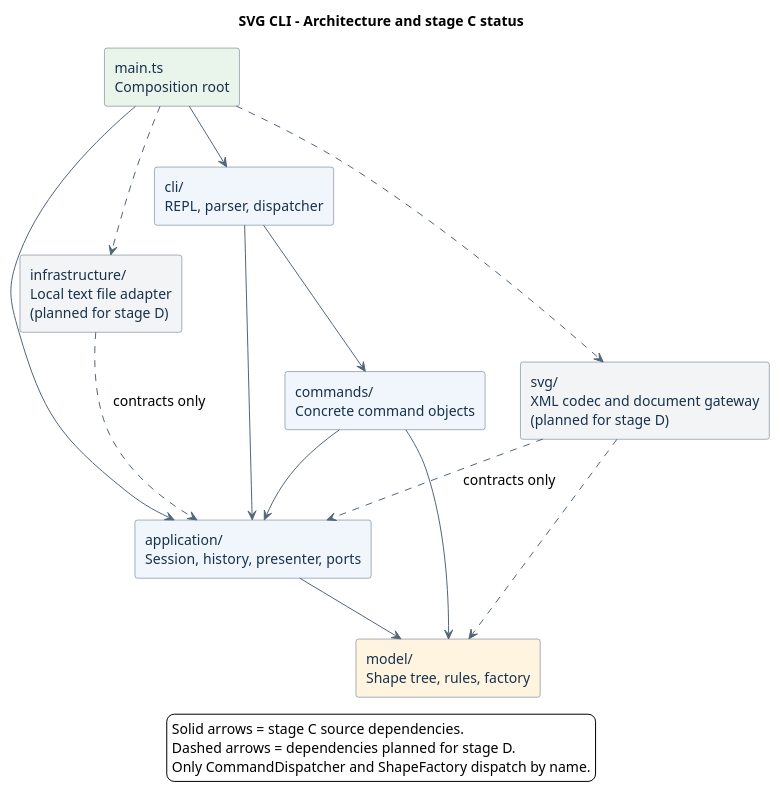
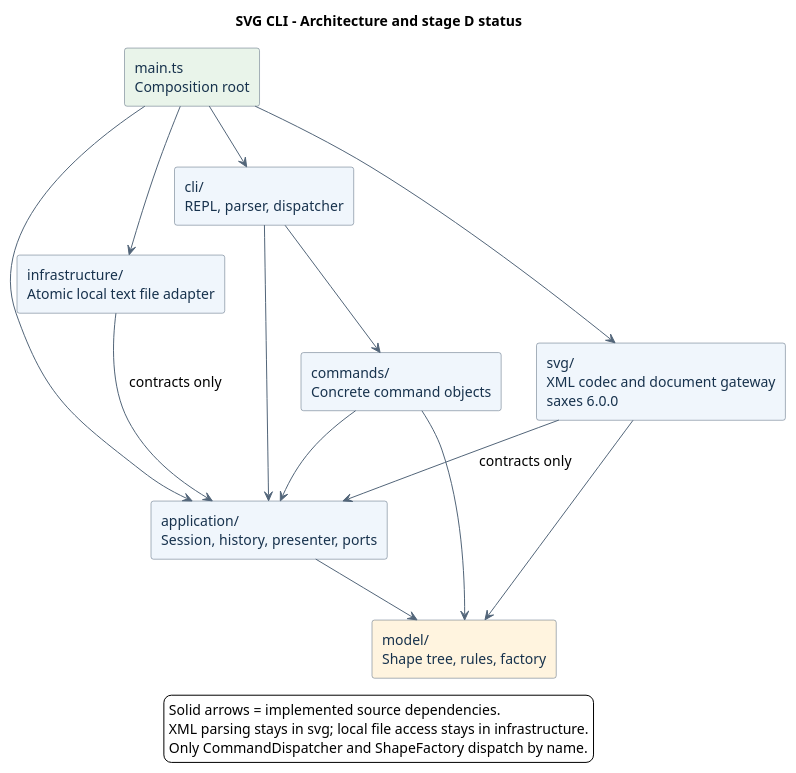
Before and after one commit to tsx543/svg-editor: the diagram in doc/architecture.puml, drawn with PlantUML. The commit also changed 4 other files, not shown here.

Commit message:
docs: record stage D round-trip validation and implemented architecture

```diff
--- a/doc/architecture.puml
+++ b/doc/architecture.puml
@@ -1,42 +1,42 @@
 @startuml
-title SVG CLI - Architecture and stage C status
+title SVG CLI - Architecture and stage D status
 top to bottom direction
 skinparam componentStyle rectangle
 skinparam shadowing false
 skinparam backgroundColor #FFFFFF
 skinparam defaultFontName SansSerif
 skinparam defaultFontSize 14
 skinparam ArrowColor #526579
 skinparam component {
   BackgroundColor #F0F6FC
   BorderColor #526579
   FontColor #17324D
 }
 
 component "main.ts\nComposition root" as Main #E9F4EA
 component "cli/\nREPL, parser, dispatcher" as Cli
 component "commands/\nConcrete command objects" as Commands
 component "application/\nSession, history, presenter, ports" as Application
 component "model/\nShape tree, rules, factory" as Model #FFF4DF
-component "svg/\nXML codec and document gateway\n(planned for stage D)" as Svg #F3F4F6
-component "infrastructure/\nLocal text file adapter\n(planned for stage D)" as Infrastructure #F3F4F6
+component "svg/\nXML codec and document gateway\nsaxes 6.0.0" as Svg
+component "infrastructure/\nAtomic local text file adapter" as Infrastructure
 
 Main --> Cli
 Main --> Application
-Main ..> Svg
-Main ..> Infrastructure
+Main --> Svg
+Main --> Infrastructure
 Cli --> Commands
 Cli --> Application
 Commands --> Application
 Commands --> Model
 Application --> Model
-Svg ..> Model
-Svg ..> Application : contracts only
-Infrastructure ..> Application : contracts only
+Svg --> Model
+Svg --> Application : contracts only
+Infrastructure --> Application : contracts only
 
 legend bottom
-  Solid arrows = stage C source dependencies.
-  Dashed arrows = dependencies planned for stage D.
+  Solid arrows = implemented source dependencies.
+  XML parsing stays in svg; local file access stays in infrastructure.
   Only CommandDispatcher and ShapeFactory dispatch by name.
 endlegend
 @enduml
```
